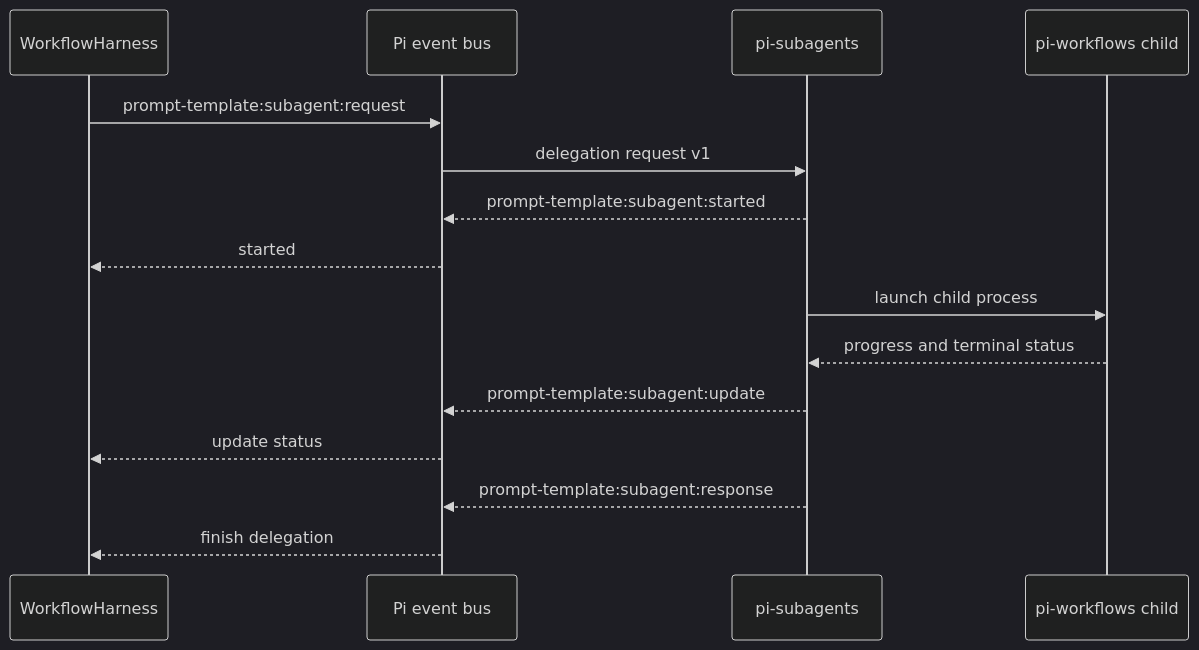
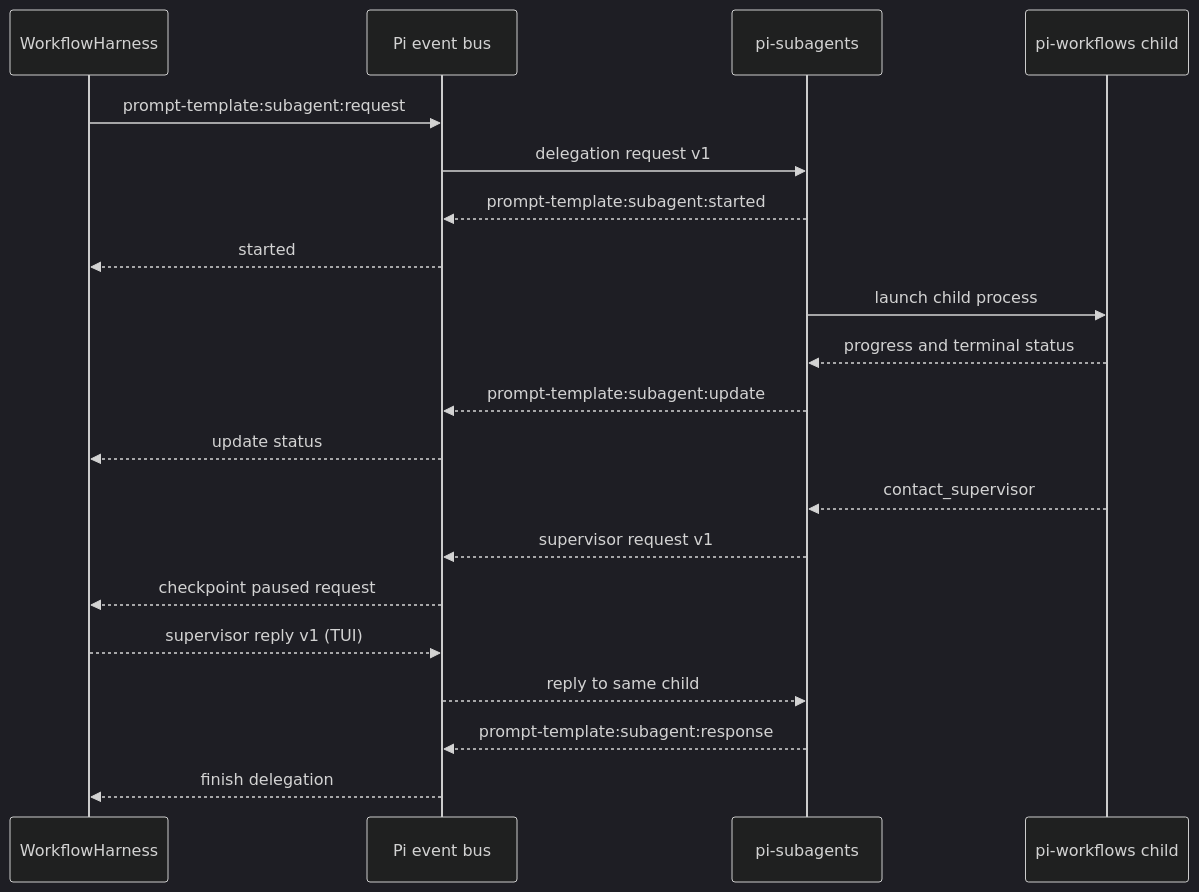
One commit to wichayutdew/pi-workflows changed the first of 6 diagrams in openwiki/integrations/subagents.md. Above: the diagram before and after it, drawn with Mermaid (dark theme). The commit also changed other lines of this file and 11 other files, not shown here.

````diff
--- a/openwiki/integrations/subagents.md
+++ b/openwiki/integrations/subagents.md
@@ -12,18 +12,23 @@
 ```mermaid
 sequenceDiagram
   participant Harness as WorkflowHarness
   participant Bus as Pi event bus
   participant Sub as pi-subagents
   participant Child as pi-workflows child
 
   Harness->>Bus: prompt-template:subagent:request
   Bus->>Sub: delegation request v1
   Sub-->>Bus: prompt-template:subagent:started
   Bus-->>Harness: started
   Sub->>Child: launch child process
   Child-->>Sub: progress and terminal status
   Sub-->>Bus: prompt-template:subagent:update
   Bus-->>Harness: update status
+  Child-->>Sub: contact_supervisor
+  Sub-->>Bus: supervisor request v1
+  Bus-->>Harness: checkpoint paused request
+  Harness-->>Bus: supervisor reply v1 (TUI)
+  Bus-->>Sub: reply to same child
   Sub-->>Bus: prompt-template:subagent:response
   Bus-->>Harness: finish delegation
 ```
````
